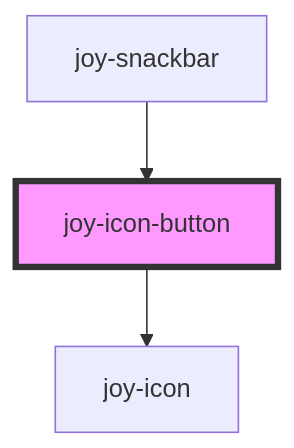
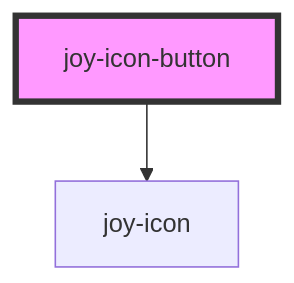
Before and after one commit to Maltcommunity/joy: the diagram in src/core/src/components/icon-button/readme.md, drawn with Mermaid. The commit also changed other lines of this file and 18 other files, not shown here.

````diff
--- a/src/core/src/components/icon-button/readme.md
+++ b/src/core/src/components/icon-button/readme.md
@@ -54,6 +50,5 @@
 ```mermaid
 graph TD;
   joy-icon-button --> joy-icon
-  joy-snackbar --> joy-icon-button
   style joy-icon-button fill:#f9f,stroke:#333,stroke-width:4px
 ```
````
